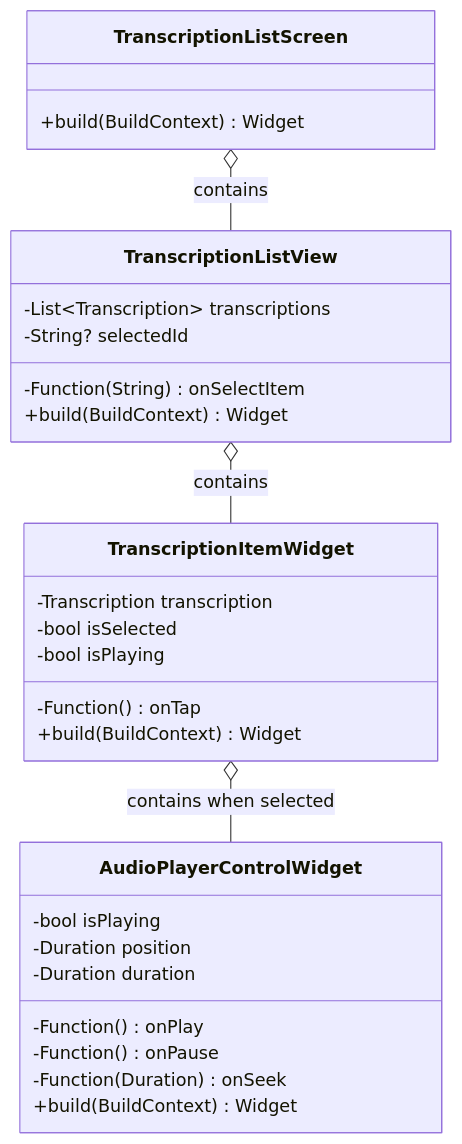
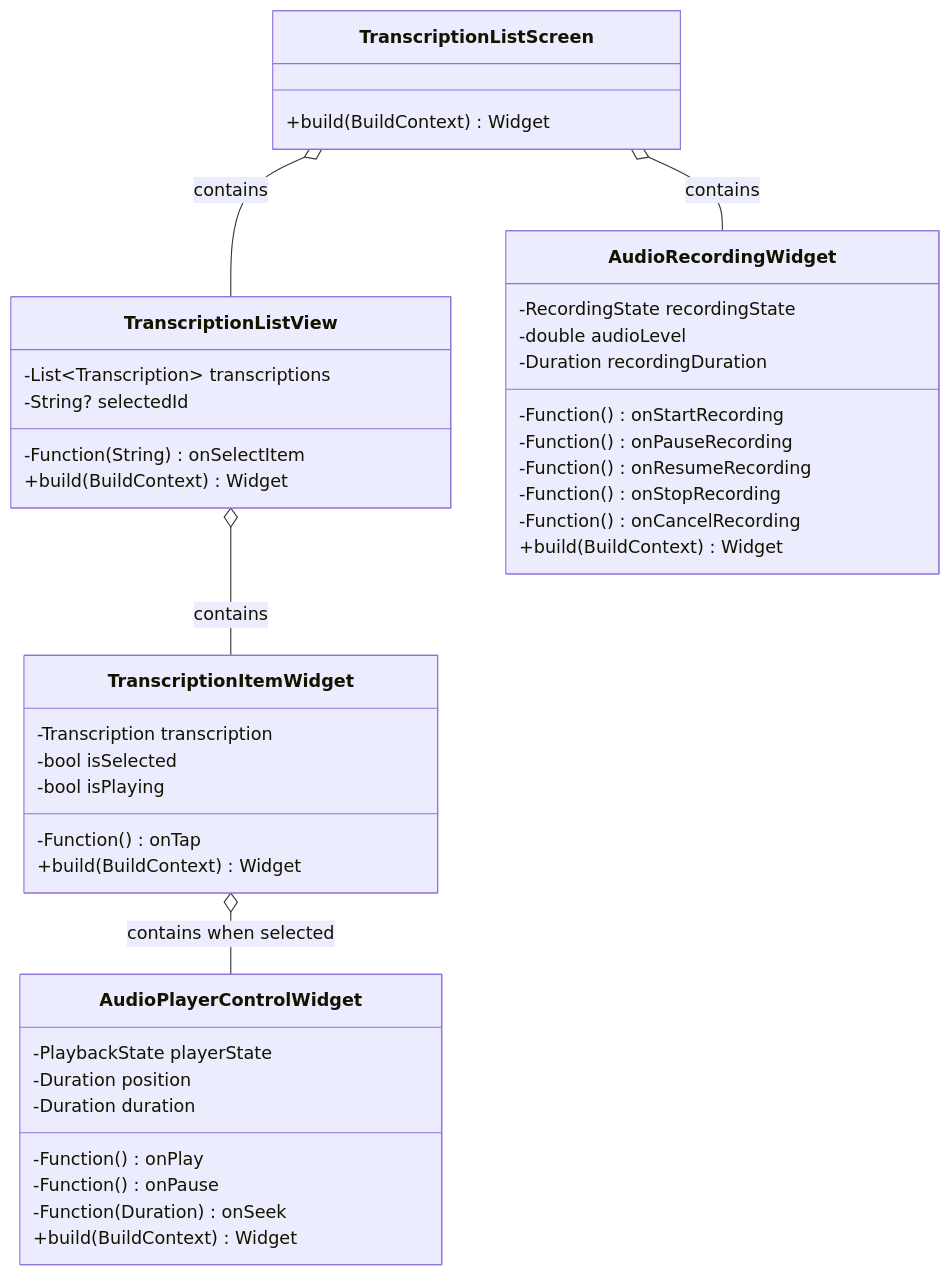
The fifth of 9 diagrams in docs/new_architecture.md (MediScribe/docjet-mobile), drawn with Mermaid before and after one commit. The commit also changed other lines of this file and 1 other file, not shown here.

Commit message:
updated current and new architecture docs

````diff
--- a/docs/new_architecture.md
+++ b/docs/new_architecture.md
@@ -196,35 +314,48 @@
 ```mermaid
 classDiagram
     class TranscriptionListScreen {
         +build(BuildContext) Widget
     }
     
     class TranscriptionListView {
         -List~Transcription~ transcriptions
         -String? selectedId
         -Function(String) onSelectItem
         +build(BuildContext) Widget
     }
     
     class TranscriptionItemWidget {
         -Transcription transcription
         -bool isSelected
         -bool isPlaying
         -Function() onTap
         +build(BuildContext) Widget
     }
     
     class AudioPlayerControlWidget {
-        -bool isPlaying
+        -PlaybackState playerState
         -Duration position
         -Duration duration
         -Function() onPlay
         -Function() onPause
         -Function(Duration) onSeek
         +build(BuildContext) Widget
     }
     
+    class AudioRecordingWidget {
+        -RecordingState recordingState
+        -double audioLevel
+        -Duration recordingDuration
+        -Function() onStartRecording
+        -Function() onPauseRecording
+        -Function() onResumeRecording
+        -Function() onStopRecording
+        -Function() onCancelRecording
+        +build(BuildContext) Widget
+    }
+    
     TranscriptionListScreen o-- TranscriptionListView : contains
     TranscriptionListView o-- TranscriptionItemWidget : contains
     TranscriptionItemWidget o-- AudioPlayerControlWidget : contains when selected
+    TranscriptionListScreen o-- AudioRecordingWidget : contains
 ```
````
